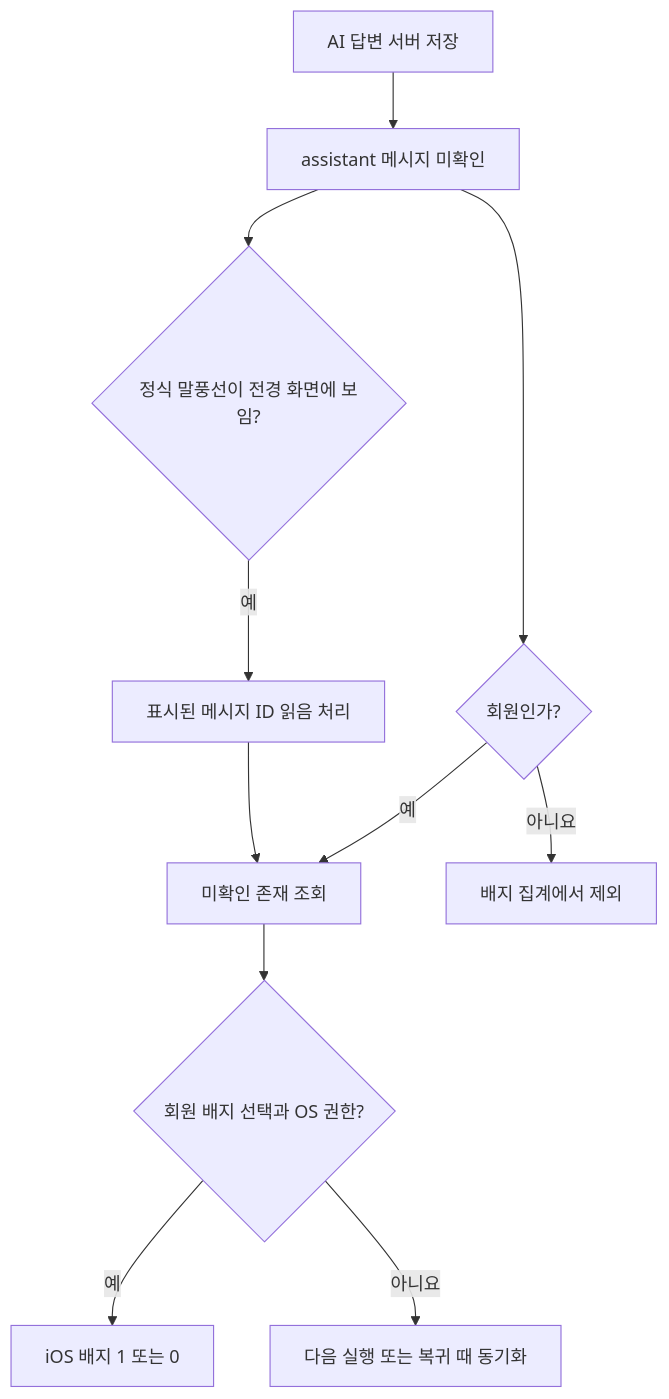
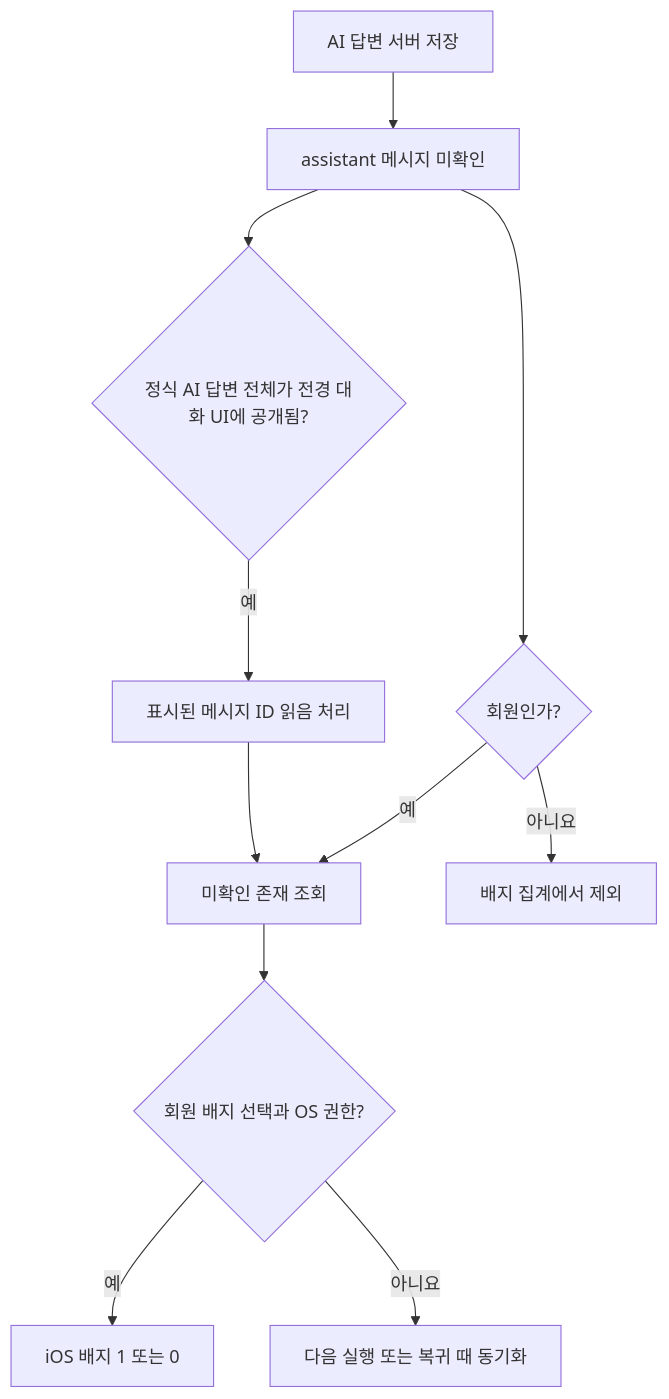
One commit to Hyun-Jun-Lee/MoreThanHuman changed the diagram in docs/plans/2026-11-24-1732-feat-ios-unread-reply-badge-plan.md. Above: the diagram before and after it, drawn with Mermaid. The commit also changed other lines of this file and 32 other files, not shown here.

````diff
--- a/docs/plans/2026-11-24-1732-feat-ios-unread-reply-badge-plan.md
+++ b/docs/plans/2026-11-24-1732-feat-ios-unread-reply-badge-plan.md
@@ -100,13 +106,13 @@
 ```mermaid
 flowchart TB
   A[AI 답변 서버 저장] --> B[assistant 메시지 미확인]
   B --> C{회원인가?}
   C -->|예| D[미확인 존재 조회]
   C -->|아니요| E[배지 집계에서 제외]
   D --> F{회원 배지 선택과 OS 권한?}
   F -->|예| G[iOS 배지 1 또는 0]
   F -->|아니요| H[다음 실행 또는 복귀 때 동기화]
-  B --> I{정식 말풍선이 전경 화면에 보임?}
+  B --> I{정식 AI 답변 전체가 전경 대화 UI에 공개됨?}
   I -->|예| J[표시된 메시지 ID 읽음 처리]
   J --> D
 ```
````
